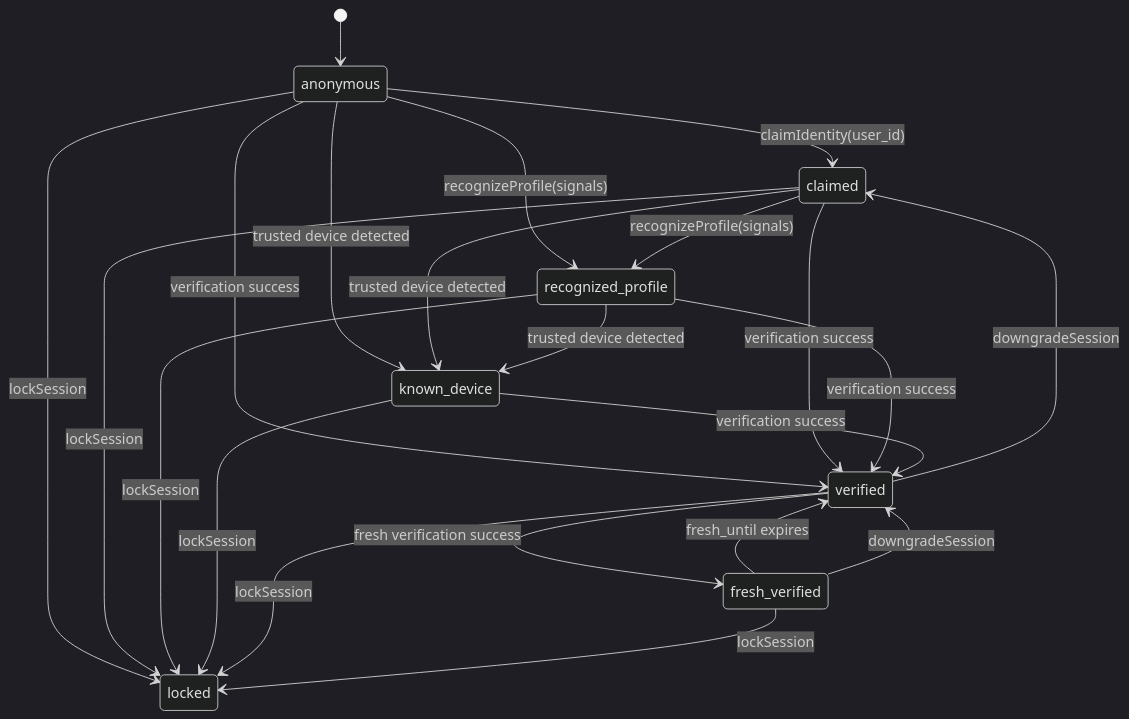
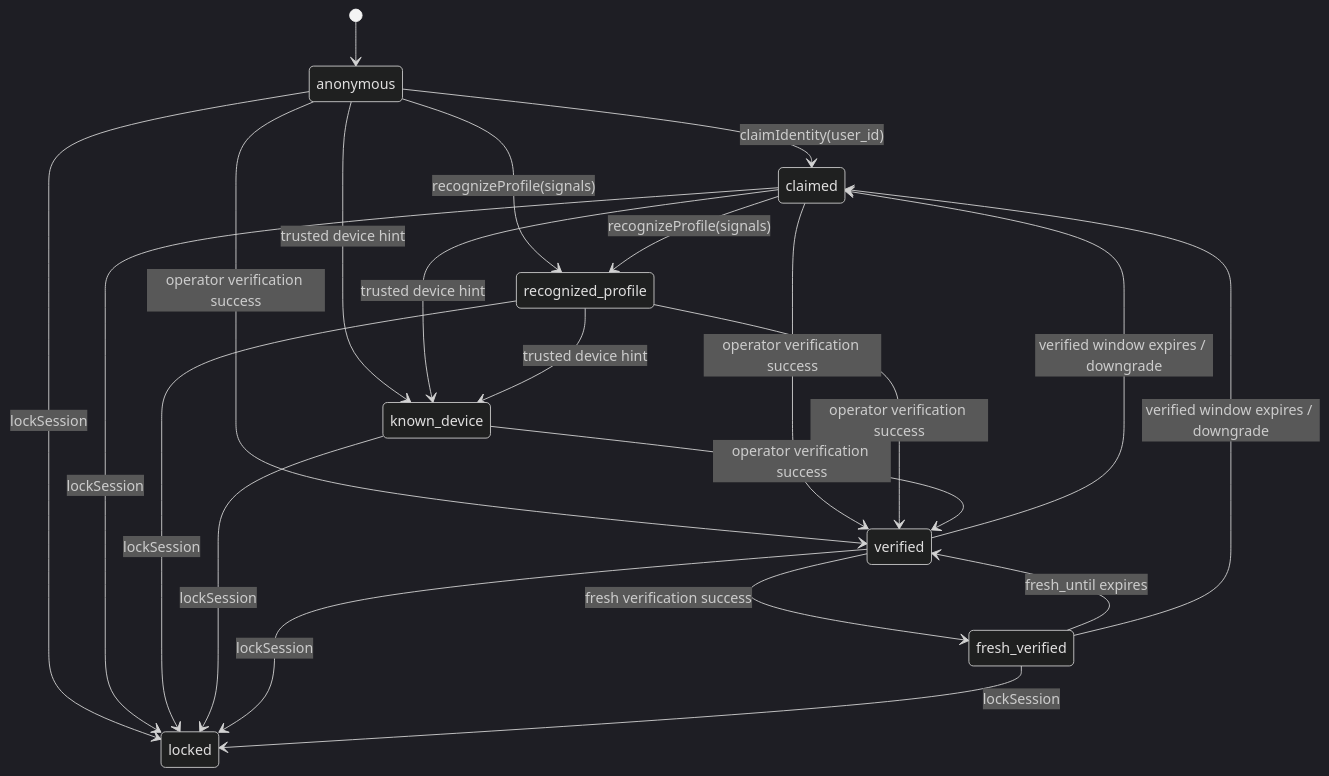
Before and after one commit to AegisAgentAscalon/Aegis-Core: the second of 5 diagrams in docs/plans/IDENTITY_GATE_BUILD_PLAN.md, drawn with Mermaid (dark theme). The commit also changed other lines of this file, not shown here.

Commit message:
docs: integrate operator cadence and prompt provenance into Identity Gate plan

````diff
--- a/docs/plans/IDENTITY_GATE_BUILD_PLAN.md
+++ b/docs/plans/IDENTITY_GATE_BUILD_PLAN.md
@@ -315,24 +584,24 @@
 ```mermaid
 stateDiagram-v2
     [*] --> anonymous
     anonymous --> claimed: claimIdentity(user_id)
     anonymous --> recognized_profile: recognizeProfile(signals)
     claimed --> recognized_profile: recognizeProfile(signals)
-    anonymous --> known_device: trusted device detected
-    claimed --> known_device: trusted device detected
-    recognized_profile --> known_device: trusted device detected
-    anonymous --> verified: verification success
-    claimed --> verified: verification success
-    recognized_profile --> verified: verification success
-    known_device --> verified: verification success
+    anonymous --> known_device: trusted device hint
+    claimed --> known_device: trusted device hint
+    recognized_profile --> known_device: trusted device hint
+    anonymous --> verified: operator verification success
+    claimed --> verified: operator verification success
+    recognized_profile --> verified: operator verification success
+    known_device --> verified: operator verification success
     verified --> fresh_verified: fresh verification success
     fresh_verified --> verified: fresh_until expires
-    verified --> claimed: downgradeSession
-    fresh_verified --> verified: downgradeSession
+    verified --> claimed: verified window expires / downgrade
+    fresh_verified --> claimed: verified window expires / downgrade
     anonymous --> locked: lockSession
     claimed --> locked: lockSession
     recognized_profile --> locked: lockSession
     known_device --> locked: lockSession
     verified --> locked: lockSession
     fresh_verified --> locked: lockSession
 ```
````
